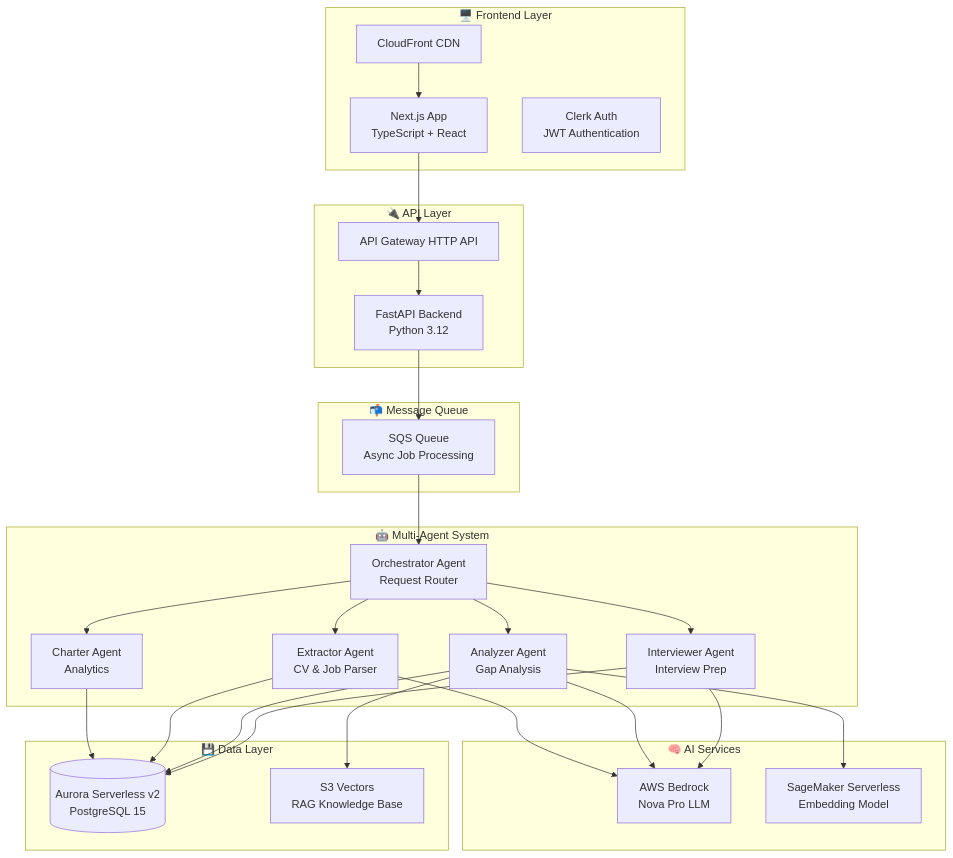
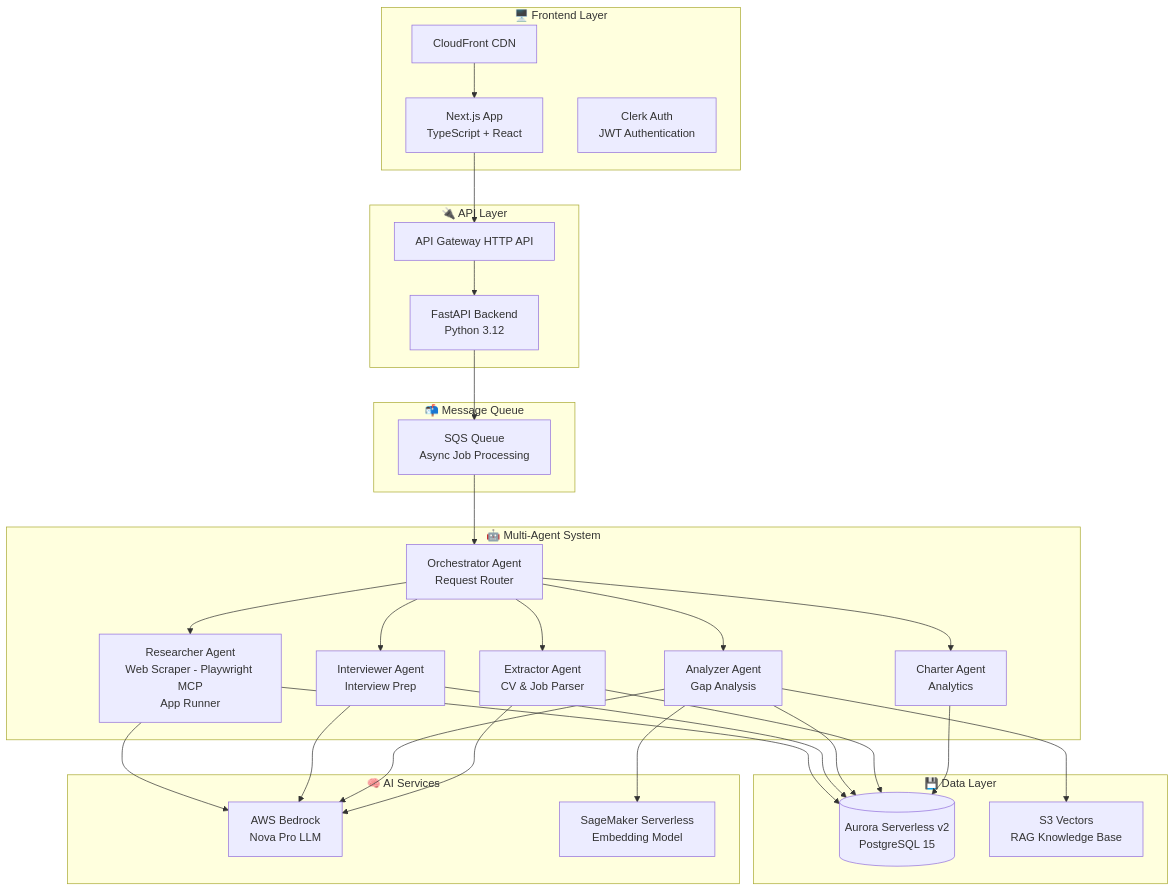
One commit to rom812/CareerAssist changed the diagram in README.md. Above: the diagram before and after it, drawn with Mermaid. The commit also changed other lines of this file and 1 other file, not shown here.

````diff
--- a/README.md
+++ b/README.md
@@ -45,57 +47,61 @@
 ```mermaid
 graph TB
     subgraph Frontend["🖥️ Frontend Layer"]
         CloudFront[CloudFront CDN]
         NextJS[Next.js App<br/>TypeScript + React]
         Clerk[Clerk Auth<br/>JWT Authentication]
     end
 
     subgraph API["🔌 API Layer"]
         APIGW[API Gateway HTTP API]
         FastAPI[FastAPI Backend<br/>Python 3.12]
     end
 
     subgraph Queue["📬 Message Queue"]
         SQS[SQS Queue<br/>Async Job Processing]
     end
 
     subgraph Agents["🤖 Multi-Agent System"]
         Orchestrator[Orchestrator Agent<br/>Request Router]
         Extractor[Extractor Agent<br/>CV & Job Parser]
         Analyzer[Analyzer Agent<br/>Gap Analysis]
         Interviewer[Interviewer Agent<br/>Interview Prep]
         Charter[Charter Agent<br/>Analytics]
+        Researcher[Researcher Agent<br/>Web Scraper - Playwright MCP<br/>App Runner]
     end
 
     subgraph AI["🧠 AI Services"]
         Bedrock[AWS Bedrock<br/>Nova Pro LLM]
         SageMaker[SageMaker Serverless<br/>Embedding Model]
     end
 
     subgraph Data["💾 Data Layer"]
         Aurora[(Aurora Serverless v2<br/>PostgreSQL 15)]
         S3Vectors[S3 Vectors<br/>RAG Knowledge Base]
     end
 
     CloudFront --> NextJS
     NextJS --> APIGW
     APIGW --> FastAPI
     FastAPI --> SQS
     SQS --> Orchestrator
 
     Orchestrator --> Extractor
     Orchestrator --> Analyzer
     Orchestrator --> Interviewer
     Orchestrator --> Charter
+    Orchestrator --> Researcher
 
     Extractor --> Bedrock
     Analyzer --> Bedrock
     Analyzer --> SageMaker
     Analyzer --> S3Vectors
     Interviewer --> Bedrock
     Charter --> Aurora
+    Researcher --> Bedrock
 
     Extractor --> Aurora
     Analyzer --> Aurora
     Interviewer --> Aurora
+    Researcher --> Aurora
 ```
````
